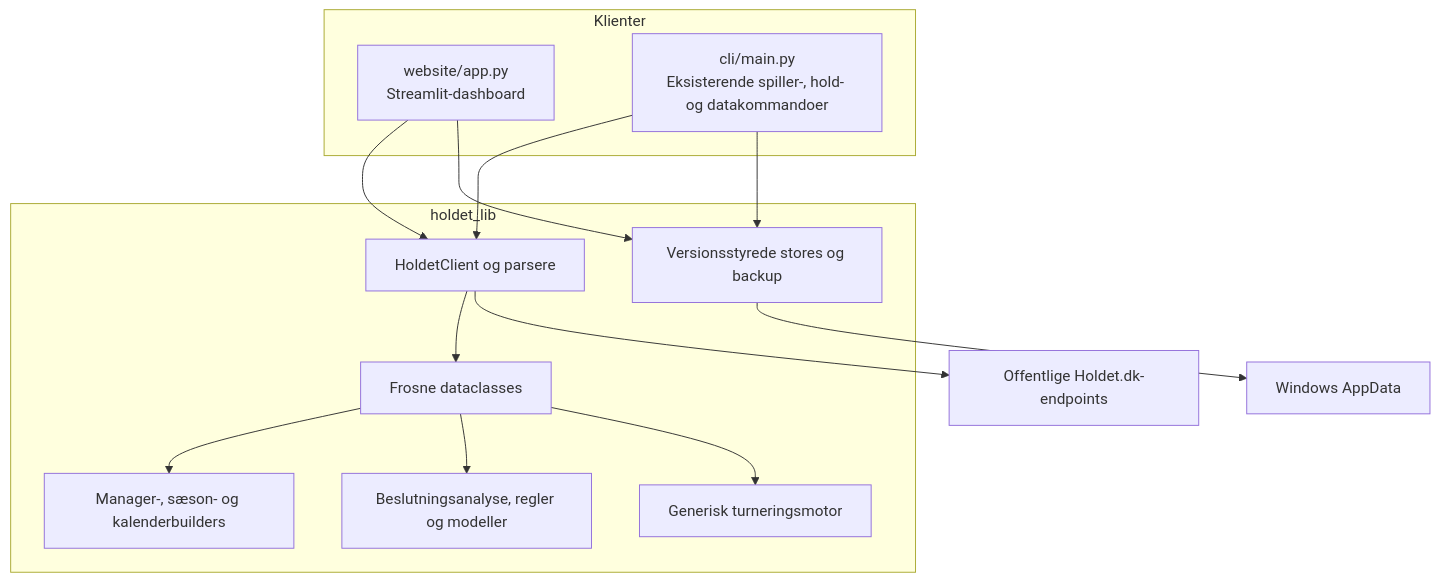
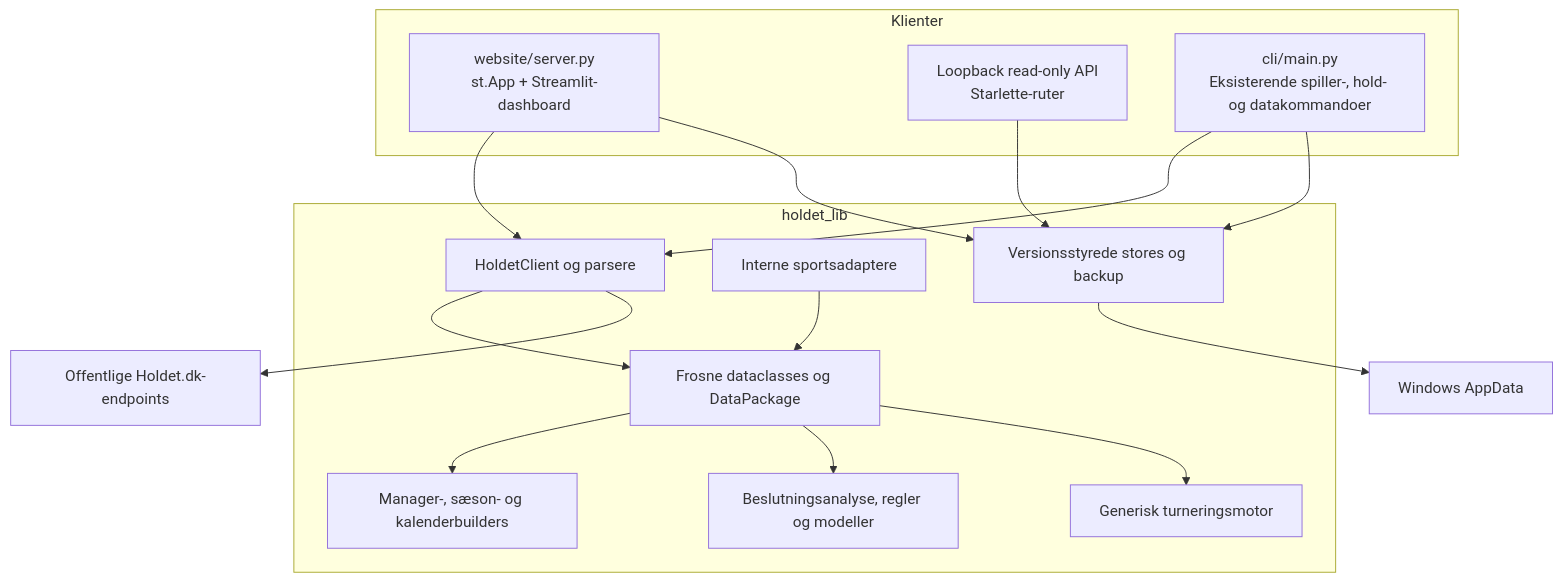
Before and after one commit to Peter537/holdet-fantasy-hub: the first of 3 diagrams in docs/architecture.md, drawn with Mermaid. The commit also changed other lines of this file and 34 other files, not shown here.

First line of the commit message:
add data portability, integrity, and local API

````diff
--- a/docs/architecture.md
+++ b/docs/architecture.md
@@ -7,25 +7,29 @@
 ```mermaid
 flowchart TB
     subgraph Clients["Klienter"]
-        Web["website/app.py<br/>Streamlit-dashboard"]
+        Web["website/server.py<br/>st.App + Streamlit-dashboard"]
+        Api["Loopback read-only API<br/>Starlette-ruter"]
         Cli["cli/main.py<br/>Eksisterende spiller-, hold- og datakommandoer"]
     end
     subgraph Library["holdet_lib"]
         Fetch["HoldetClient og parsere"]
-        Domain["Frosne dataclasses"]
+        Domain["Frosne dataclasses og DataPackage"]
+        Adapters["Interne sportsadaptere"]
         Manager["Manager-, sæson- og kalenderbuilders"]
         Analysis["Beslutningsanalyse, regler og modeller"]
         Tournament["Generisk turneringsmotor"]
         Stores["Versionsstyrede stores og backup"]
     end
     Web --> Fetch
+    Api --> Stores
     Cli --> Fetch
     Fetch --> Domain
+    Adapters --> Domain
     Domain --> Manager
     Domain --> Analysis
     Domain --> Tournament
     Web --> Stores
     Cli --> Stores
     Stores --> AppData["Windows AppData"]
     Fetch --> Holdet["Offentlige Holdet.dk-endpoints"]
 ```
````
